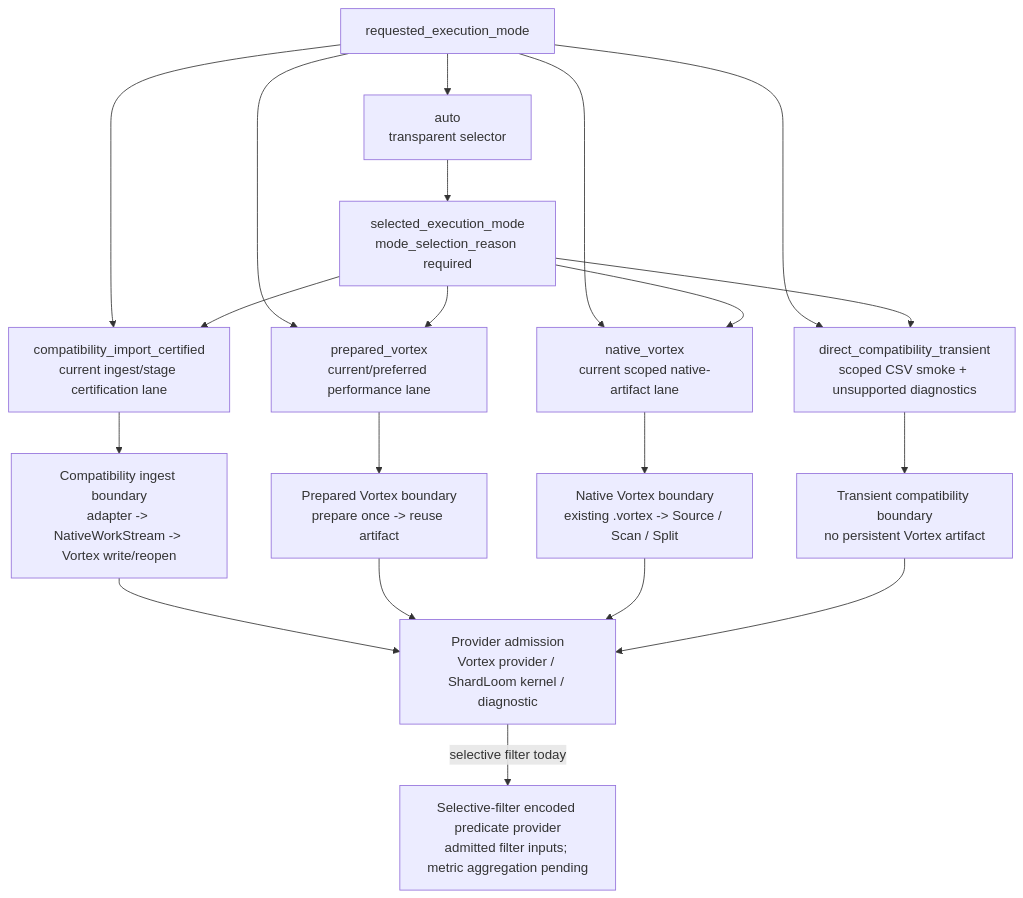
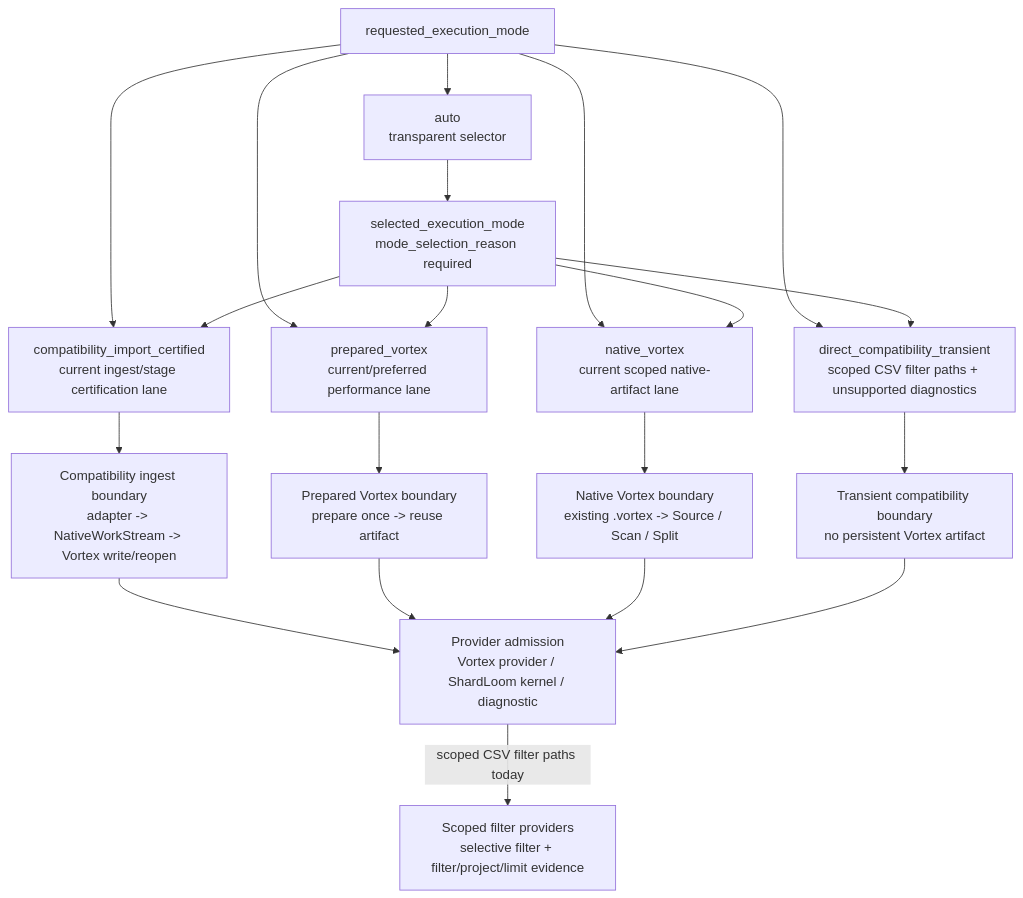
Before and after one commit to depsilon/shardloom: the third of 6 diagrams in website/assets/data/compute-engine-flow-reference.md, drawn with Mermaid. The commit also changed other lines of this file and 11 other files, not shown here.

Commit message:
Expand direct transient CSV smoke coverage (#682)

````diff
--- a/website/assets/data/compute-engine-flow-reference.md
+++ b/website/assets/data/compute-engine-flow-reference.md
@@ -273,35 +273,35 @@
 ```mermaid
 flowchart TD
     REQUESTED["requested_execution_mode"]
     AUTO["auto<br/>transparent selector"]
     SELECTED["selected_execution_mode<br/>mode_selection_reason required"]
 
     COMPAT["compatibility_import_certified<br/>current ingest/stage certification lane"]
     PREPARED["prepared_vortex<br/>current/preferred performance lane"]
     NATIVE["native_vortex<br/>current scoped native-artifact lane"]
-    DIRECT["direct_compatibility_transient<br/>scoped CSV smoke + unsupported diagnostics"]
+    DIRECT["direct_compatibility_transient<br/>scoped CSV filter paths + unsupported diagnostics"]
 
     COMPAT_BOUNDARY["Compatibility ingest boundary<br/>adapter -> NativeWorkStream -> Vortex write/reopen"]
     PREPARED_BOUNDARY["Prepared Vortex boundary<br/>prepare once -> reuse artifact"]
     NATIVE_BOUNDARY["Native Vortex boundary<br/>existing .vortex -> Source / Scan / Split"]
     DIRECT_BOUNDARY["Transient compatibility boundary<br/>no persistent Vortex artifact"]
 
     PROVIDER["Provider admission<br/>Vortex provider / ShardLoom kernel / diagnostic"]
-    SELECTIVE_BLOCKER["Selective-filter encoded predicate provider<br/>admitted filter inputs; metric aggregation pending"]
+    SELECTIVE_BLOCKER["Scoped filter providers<br/>selective filter + filter/project/limit evidence"]
 
     REQUESTED --> AUTO --> SELECTED
     REQUESTED --> COMPAT
     REQUESTED --> PREPARED
     REQUESTED --> NATIVE
     REQUESTED --> DIRECT
     SELECTED --> COMPAT
     SELECTED --> PREPARED
     SELECTED --> NATIVE
     SELECTED --> DIRECT
 
     COMPAT --> COMPAT_BOUNDARY --> PROVIDER
     PREPARED --> PREPARED_BOUNDARY --> PROVIDER
     NATIVE --> NATIVE_BOUNDARY --> PROVIDER
     DIRECT --> DIRECT_BOUNDARY --> PROVIDER
-    PROVIDER -->|"selective filter today"| SELECTIVE_BLOCKER
+    PROVIDER -->|"scoped CSV filter paths today"| SELECTIVE_BLOCKER
 ```
````
